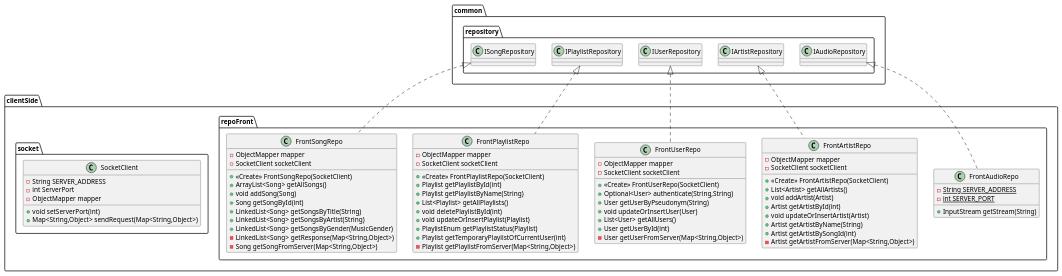
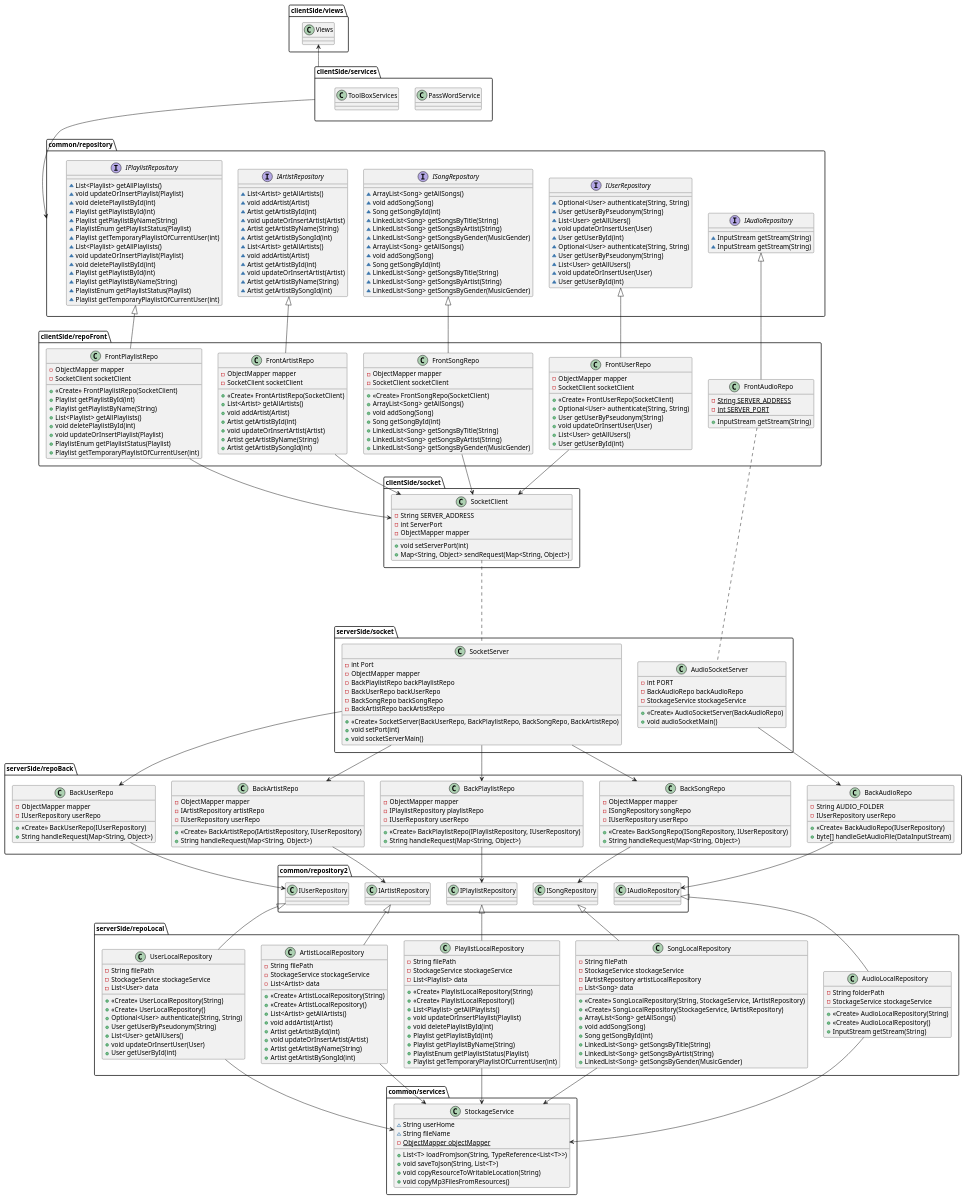
One commit to marionrossier/MiniSpotify changed the diagram in repo-socket.puml. Above: the diagram before and after it, drawn with PlantUML. The commit also changed 2 other files, not shown here.

Commit message:
feat: update UML diagrams for client-side repositories and services, adding interfaces for IPlaylistRepository, IAudioRepository, IArtistRepository, ISongRepository, and IUserRepository

```diff
--- a/repo-socket.puml
+++ b/repo-socket.puml
@@ -1,82 +1,342 @@
 @startuml
-class clientSide.repoFront.FrontAudioRepo {
-- {static} String SERVER_ADDRESS
-- {static} int SERVER_PORT
-+ InputStream getStream(String)
+
+package "common/repository" {
+    interface IPlaylistRepository {
+        ~ List<Playlist> getAllPlaylists()
+        ~ void updateOrInsertPlaylist(Playlist)
+        ~ void deletePlaylistById(int)
+        ~ Playlist getPlaylistById(int)
+        ~ Playlist getPlaylistByName(String)
+        ~ PlaylistEnum getPlaylistStatus(Playlist)
+        ~ Playlist getTemporaryPlaylistOfCurrentUser(int)
+    }
+
+    interface IAudioRepository {
+        ~ InputStream getStream(String)
+    }
+
+    interface IArtistRepository {
+        ~ List<Artist> getAllArtists()
+        ~ void addArtist(Artist)
+        ~ Artist getArtistById(int)
+        ~ void updateOrInsertArtist(Artist)
+        ~ Artist getArtistByName(String)
+        ~ Artist getArtistBySongId(int)
+    }
+
+    interface ISongRepository {
+        ~ ArrayList<Song> getAllSongs()
+        ~ void addSong(Song)
+        ~ Song getSongById(int)
+        ~ LinkedList<Song> getSongsByTitle(String)
+        ~ LinkedList<Song> getSongsByArtist(String)
+        ~ LinkedList<Song> getSongsByGender(MusicGender)
+    }
+
+    interface IUserRepository {
+        ~ Optional<User> authenticate(String, String)
+        ~ User getUserByPseudonym(String)
+        ~ List<User> getAllUsers()
+        ~ void updateOrInsertUser(User)
+        ~ User getUserById(int)
+    }
+}
+
+package "clientSide/repoFront" {
+    class FrontAudioRepo {
+        - {static} String SERVER_ADDRESS
+        - {static} int SERVER_PORT
+        + InputStream getStream(String)
+    }
+
+    class FrontArtistRepo {
+        - ObjectMapper mapper
+        - SocketClient socketClient
+        + <<Create>> FrontArtistRepo(SocketClient)
+        + List<Artist> getAllArtists()
+        + void addArtist(Artist)
+        + Artist getArtistById(int)
+        + void updateOrInsertArtist(Artist)
+        + Artist getArtistByName(String)
+        + Artist getArtistBySongId(int)
+    }
+
+    class FrontUserRepo {
+        - ObjectMapper mapper
+        - SocketClient socketClient
+        + <<Create>> FrontUserRepo(SocketClient)
+        + Optional<User> authenticate(String, String)
+        + User getUserByPseudonym(String)
+        + void updateOrInsertUser(User)
+        + List<User> getAllUsers()
+        + User getUserById(int)
+    }
+
+    class FrontPlaylistRepo {
+        - ObjectMapper mapper
+        - SocketClient socketClient
+        + <<Create>> FrontPlaylistRepo(SocketClient)
+        + Playlist getPlaylistById(int)
+        + Playlist getPlaylistByName(String)
+        + List<Playlist> getAllPlaylists()
+        + void deletePlaylistById(int)
+        + void updateOrInsertPlaylist(Playlist)
+        + PlaylistEnum getPlaylistStatus(Playlist)
+        + Playlist getTemporaryPlaylistOfCurrentUser(int)
+    }
+
+    class FrontSongRepo {
+        - ObjectMapper mapper
+        - SocketClient socketClient
+        + <<Create>> FrontSongRepo(SocketClient)
+        + ArrayList<Song> getAllSongs()
+        + void addSong(Song)
+        + Song getSongById(int)
+        + LinkedList<Song> getSongsByTitle(String)
+        + LinkedList<Song> getSongsByArtist(String)
+        + LinkedList<Song> getSongsByGender(MusicGender)
+    }
+}
+
+package "clientSide/socket" {
+    class SocketClient {
+        - String SERVER_ADDRESS
+        - int ServerPort
+        - ObjectMapper mapper
+        + void setServerPort(int)
+        + Map<String, Object> sendRequest(Map<String, Object>)
+    }
+}
+
+package "serverSide/socket" {
+    class AudioSocketServer {
+        - int PORT
+        - BackAudioRepo backAudioRepo
+        - StockageService stockageService
+        + <<Create>> AudioSocketServer(BackAudioRepo)
+        + void audioSocketMain()
+    }
+
+    class SocketServer {
+        - int Port
+        - ObjectMapper mapper
+        - BackPlaylistRepo backPlaylistRepo
+        - BackUserRepo backUserRepo
+        - BackSongRepo backSongRepo
+        - BackArtistRepo backArtistRepo
+        + <<Create>> SocketServer(BackUserRepo, BackPlaylistRepo, BackSongRepo, BackArtistRepo)
+        + void setPort(int)
+        + void socketServerMain()
+    }
+}
+
+package "serverSide/repoBack" {
+    class BackAudioRepo {
+        - String AUDIO_FOLDER
+        - IUserRepository userRepo
+        + <<Create>> BackAudioRepo(IUserRepository)
+        + byte[] handleGetAudioFile(DataInputStream)
+    }
+
+    class BackUserRepo {
+        - ObjectMapper mapper
+        - IUserRepository userRepo
+        + <<Create>> BackUserRepo(IUserRepository)
+        + String handleRequest(Map<String, Object>)
+    }
+
+    class BackSongRepo {
+        - ObjectMapper mapper
+        - ISongRepository songRepo
+        - IUserRepository userRepo
+        + <<Create>> BackSongRepo(ISongRepository, IUserRepository)
+        + String handleRequest(Map<String, Object>)
+    }
+
+    class BackPlaylistRepo {
+        - ObjectMapper mapper
+        - IPlaylistRepository playlistRepo
+        - IUserRepository userRepo
+        + <<Create>> BackPlaylistRepo(IPlaylistRepository, IUserRepository)
+        + String handleRequest(Map<String, Object>)
+    }
+
+    class BackArtistRepo {
+        - ObjectMapper mapper
+        - IArtistRepository artistRepo
+        - IUserRepository userRepo
+        + <<Create>> BackArtistRepo(IArtistRepository, IUserRepository)
+        + String handleRequest(Map<String, Object>)
+    }
+}
+
+package "common/repository" {
+    interface IUserRepository {
+        ~ Optional<User> authenticate(String, String)
+        ~ User getUserByPseudonym(String)
+        ~ List<User> getAllUsers()
+        ~ void updateOrInsertUser(User)
+        ~ User getUserById(int)
+    }
+
+    interface ISongRepository {
+        ~ ArrayList<Song> getAllSongs()
+        ~ void addSong(Song)
+        ~ Song getSongById(int)
+        ~ LinkedList<Song> getSongsByTitle(String)
+        ~ LinkedList<Song> getSongsByArtist(String)
+        ~ LinkedList<Song> getSongsByGender(MusicGender)
+    }
+
+    interface IPlaylistRepository {
+        ~ List<Playlist> getAllPlaylists()
+        ~ void updateOrInsertPlaylist(Playlist)
+        ~ void deletePlaylistById(int)
+        ~ Playlist getPlaylistById(int)
+        ~ Playlist getPlaylistByName(String)
+        ~ PlaylistEnum getPlaylistStatus(Playlist)
+        ~ Playlist getTemporaryPlaylistOfCurrentUser(int)
+    }
+
+    interface IAudioRepository {
+        ~ InputStream getStream(String)
+    }
+
+    interface IArtistRepository {
+        ~ List<Artist> getAllArtists()
+        ~ void addArtist(Artist)
+        ~ Artist getArtistById(int)
+        ~ void updateOrInsertArtist(Artist)
+        ~ Artist getArtistByName(String)
+        ~ Artist getArtistBySongId(int)
+    }
+}
+
+package "serverSide/repoLocal" {
+    class SongLocalRepository {
+        - String filePath
+        - StockageService stockageService
+        - IArtistRepository artistLocalRepository
+        - List<Song> data
+        + <<Create>> SongLocalRepository(String, StockageService, IArtistRepository)
+        + <<Create>> SongLocalRepository(StockageService, IArtistRepository)
+        + ArrayList<Song> getAllSongs()
+        + void addSong(Song)
+        + Song getSongById(int)
+        + LinkedList<Song> getSongsByTitle(String)
+        + LinkedList<Song> getSongsByArtist(String)
+        + LinkedList<Song> getSongsByGender(MusicGender)
+    }
+
+    class PlaylistLocalRepository {
+        - String filePath
+        - StockageService stockageService
+        - List<Playlist> data
+        + <<Create>> PlaylistLocalRepository(String)
+        + <<Create>> PlaylistLocalRepository()
+        + List<Playlist> getAllPlaylists()
+        + void updateOrInsertPlaylist(Playlist)
+        + void deletePlaylistById(int)
+        + Playlist getPlaylistById(int)
+        + Playlist getPlaylistByName(String)
+        + PlaylistEnum getPlaylistStatus(Playlist)
+        + Playlist getTemporaryPlaylistOfCurrentUser(int)
+    }
+
+    class UserLocalRepository {
+        - String filePath
+        - StockageService stockageService
+        - List<User> data
+        + <<Create>> UserLocalRepository(String)
+        + <<Create>> UserLocalRepository()
+        + Optional<User> authenticate(String, String)
+        + User getUserByPseudonym(String)
+        + List<User> getAllUsers()
+        + void updateOrInsertUser(User)
+        + User getUserById(int)
+    }
+
+    class ArtistLocalRepository {
+        - String filePath
+        - StockageService stockageService
+        - List<Artist> data
+        + <<Create>> ArtistLocalRepository(String)
+        + <<Create>> ArtistLocalRepository()
+        + List<Artist> getAllArtists()
+        + void addArtist(Artist)
+        + Artist getArtistById(int)
+        + void updateOrInsertArtist(Artist)
+        + Artist getArtistByName(String)
+        + Artist getArtistBySongId(int)
+    }
+
+    class AudioLocalRepository {
+        - String folderPath
+        - StockageService stockageService
+        + <<Create>> AudioLocalRepository(String)
+        + <<Create>> AudioLocalRepository()
+        + InputStream getStream(String)
+    }
+}
+
+package "common/services" {
+    class StockageService {
+        ~ String userHome
+        ~ String fileName
+        - {static} ObjectMapper objectMapper
+        + List<T> loadFromJson(String, TypeReference<List<T>>)
+        + void saveToJson(String, List<T>)
+        + void copyResourceToWritableLocation(String)
+        + void copyMp3FilesFromResources()
+    }
 }
 
 
-class clientSide.repoFront.FrontArtistRepo {
-- ObjectMapper mapper
-- SocketClient socketClient
-+ <<Create>> FrontArtistRepo(SocketClient)
-+ List<Artist> getAllArtists()
-+ void addArtist(Artist)
-+ Artist getArtistById(int)
-+ void updateOrInsertArtist(Artist)
-+ Artist getArtistByName(String)
-+ Artist getArtistBySongId(int)
-- Artist getArtistFromServer(Map<String,Object>)
-}
+' --- Dépendances (avec orientation vers le bas)
+"clientSide/repoFront.FrontPlaylistRepo" -u-|> "common/repository.IPlaylistRepository"
+"clientSide/repoFront.FrontAudioRepo" -u-|> "common/repository.IAudioRepository"
+"clientSide/repoFront.FrontArtistRepo" -u-|> "common/repository.IArtistRepository"
+"clientSide/repoFront.FrontSongRepo" -u-|> "common/repository.ISongRepository"
+"clientSide/repoFront.FrontUserRepo" -u-|> "common/repository.IUserRepository"
 
+"clientSide/repoFront.FrontArtistRepo" -d-> "clientSide/socket.SocketClient"
+"clientSide/repoFront.FrontUserRepo" -d-> "clientSide/socket.SocketClient"
+"clientSide/repoFront.FrontPlaylistRepo" -d-> "clientSide/socket.SocketClient"
+"clientSide/repoFront.FrontSongRepo" -d-> "clientSide/socket.SocketClient"
 
-class clientSide.socket.SocketClient {
-- String SERVER_ADDRESS
-- int ServerPort
-- ObjectMapper mapper
-+ void setServerPort(int)
-+ Map<String,Object> sendRequest(Map<String,Object>)
-}
+"serverSide/socket.SocketServer" -d-> "serverSide/repoBack.BackUserRepo"
+"serverSide/socket.SocketServer" -d-> "serverSide/repoBack.BackPlaylistRepo"
+"serverSide/socket.SocketServer" -d-> "serverSide/repoBack.BackSongRepo"
+"serverSide/socket.SocketServer" -d-> "serverSide/repoBack.BackArtistRepo"
 
+"serverSide/repoBack.BackAudioRepo" -d-> "common/repository2.IAudioRepository"
+"serverSide/repoBack.BackUserRepo" -d-> "common/repository2.IUserRepository"
+"serverSide/repoBack.BackSongRepo" -d-> "common/repository2.ISongRepository"
+"serverSide/repoBack.BackPlaylistRepo" -d-> "common/repository2.IPlaylistRepository"
+"serverSide/repoBack.BackArtistRepo" -d-> "common/repository2.IArtistRepository"
 
-class clientSide.repoFront.FrontUserRepo {
-- ObjectMapper mapper
-- SocketClient socketClient
-+ <<Create>> FrontUserRepo(SocketClient)
-+ Optional<User> authenticate(String,String)
-+ User getUserByPseudonym(String)
-+ void updateOrInsertUser(User)
-+ List<User> getAllUsers()
-+ User getUserById(int)
-- User getUserFromServer(Map<String,Object>)
-}
+"serverSide/repoLocal.SongLocalRepository" -u-|> "common/repository2.ISongRepository"
+"serverSide/repoLocal.PlaylistLocalRepository" -u-|> "common/repository2.IPlaylistRepository"
+"serverSide/repoLocal.UserLocalRepository" -u-|> "common/repository2.IUserRepository"
+"serverSide/repoLocal.ArtistLocalRepository" -u-|> "common/repository2.IArtistRepository"
+"serverSide/repoLocal.AudioLocalRepository" -u-|> "common/repository2.IAudioRepository"
 
+"serverSide/repoLocal.SongLocalRepository" -d-> "common/services.StockageService"
+"serverSide/repoLocal.PlaylistLocalRepository" -d-> "common/services.StockageService"
+"serverSide/repoLocal.UserLocalRepository" -d-> "common/services.StockageService"
+"serverSide/repoLocal.ArtistLocalRepository" -d-> "common/services.StockageService"
+"serverSide/repoLocal.AudioLocalRepository" -d-> "common/services.StockageService"
 
-class clientSide.repoFront.FrontPlaylistRepo {
-- ObjectMapper mapper
-- SocketClient socketClient
-+ <<Create>> FrontPlaylistRepo(SocketClient)
-+ Playlist getPlaylistById(int)
-+ Playlist getPlaylistByName(String)
-+ List<Playlist> getAllPlaylists()
-+ void deletePlaylistById(int)
-+ void updateOrInsertPlaylist(Playlist)
-+ PlaylistEnum getPlaylistStatus(Playlist)
-+ Playlist getTemporaryPlaylistOfCurrentUser(int)
-- Playlist getPlaylistFromServer(Map<String,Object>)
-}
+"serverSide/socket.AudioSocketServer" -d-> "serverSide/repoBack.BackAudioRepo"
 
+"clientSide/services.ToolBoxServices" -[hidden]d-> "common/repository.ISongRepository"
+"clientSide/services.PassWordService" -[hidden]d-> "common/repository.ISongRepository"
+"clientSide/services" -d-> "common/repository"
+"clientSide/services" -u-> "clientSide/views.Views"
 
-class clientSide.repoFront.FrontSongRepo {
-- ObjectMapper mapper
-- SocketClient socketClient
-+ <<Create>> FrontSongRepo(SocketClient)
-+ ArrayList<Song> getAllSongs()
-+ void addSong(Song)
-+ Song getSongById(int)
-+ LinkedList<Song> getSongsByTitle(String)
-+ LinkedList<Song> getSongsByArtist(String)
-+ LinkedList<Song> getSongsByGender(MusicGender)
-- LinkedList<Song> getResponse(Map<String,Object>)
-- Song getSongFromServer(Map<String,Object>)
-}
+"clientSide/socket.SocketClient" ..d.. "serverSide/socket.SocketServer"
+"clientSide/repoFront.FrontAudioRepo" ..d.. "serverSide/socket.AudioSocketServer"
+"clientSide/socket.SocketClient" ..[hidden]d.. "serverSide/socket.AudioSocketServer"
+"clientSide/repoFront.FrontAudioRepo" -[hidden]d-> "clientSide/socket.SocketClient"
 
-
-
-
-common.repository.IAudioRepository <|.. clientSide.repoFront.FrontAudioRepo
-common.repository.IArtistRepository <|.. clientSide.repoFront.FrontArtistRepo
-common.repository.IUserRepository <|.. clientSide.repoFront.FrontUserRepo
-common.repository.IPlaylistRepository <|.. clientSide.repoFront.FrontPlaylistRepo
-common.repository.ISongRepository <|.. clientSide.repoFront.FrontSongRepo
 @enduml
```
